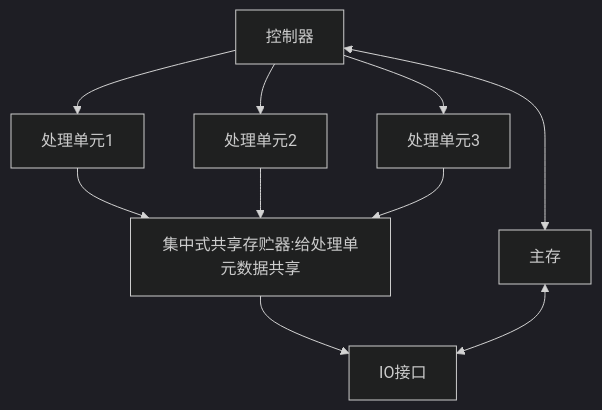
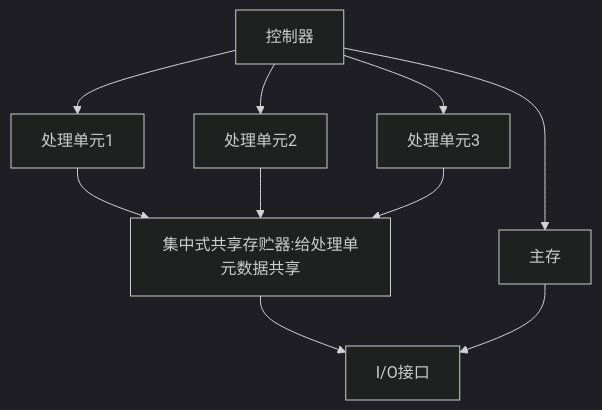
The second of 2 diagrams in _posts/2021/2021-03-21-system-structure.md (sorryle/sorryle.github.io), drawn with Mermaid (dark theme) before and after one commit.

````diff
--- a/_posts/2021/2021-03-21-system-structure.md
+++ b/_posts/2021/2021-03-21-system-structure.md
@@ -59,12 +59,12 @@
 ```mermaid
 graph TD
-	控制器<-->主存
+	控制器-->主存
 	控制器-->处理单元1
 	控制器-->处理单元2
 	控制器-->处理单元3
 	处理单元1-->集中式共享存贮器:给处理单元数据共享
 	处理单元2-->集中式共享存贮器:给处理单元数据共享
 	处理单元3-->集中式共享存贮器:给处理单元数据共享
-	集中式共享存贮器:给处理单元数据共享-->IO接口
-	主存<-->IO接口
+	集中式共享存贮器:给处理单元数据共享-->I/O接口
+	主存-->I/O接口
 ```
````
